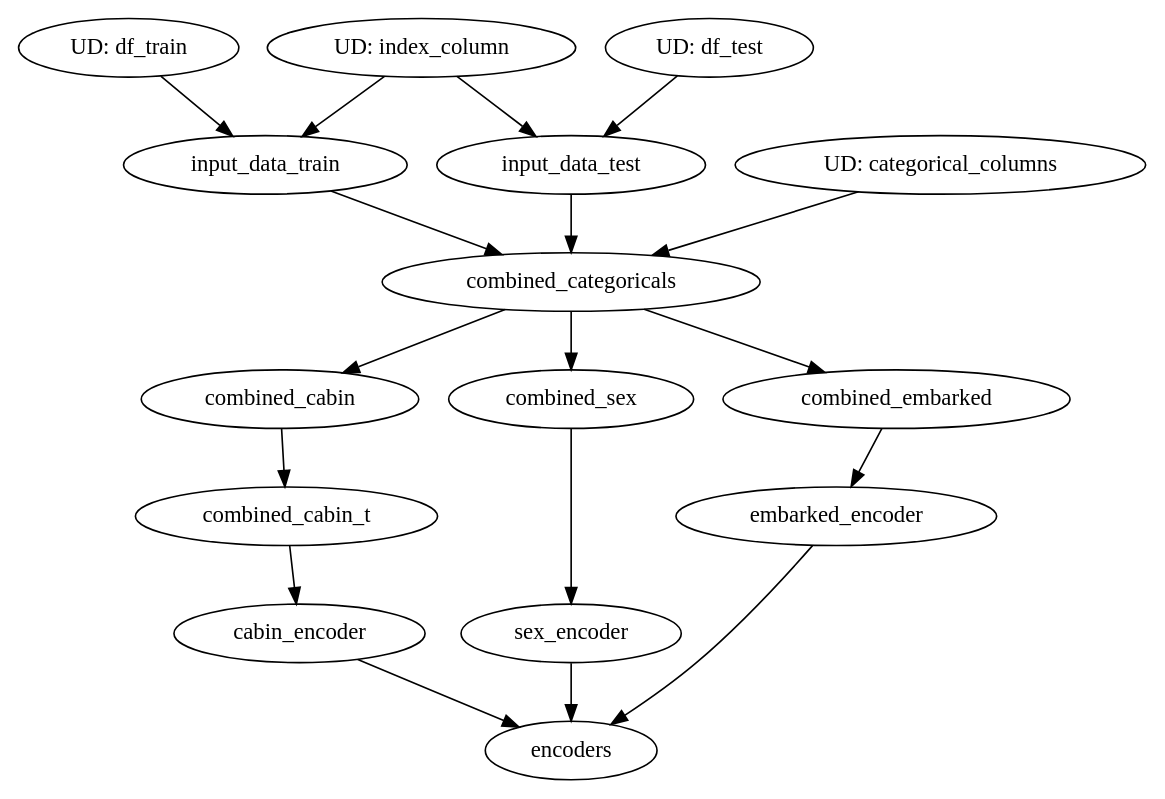
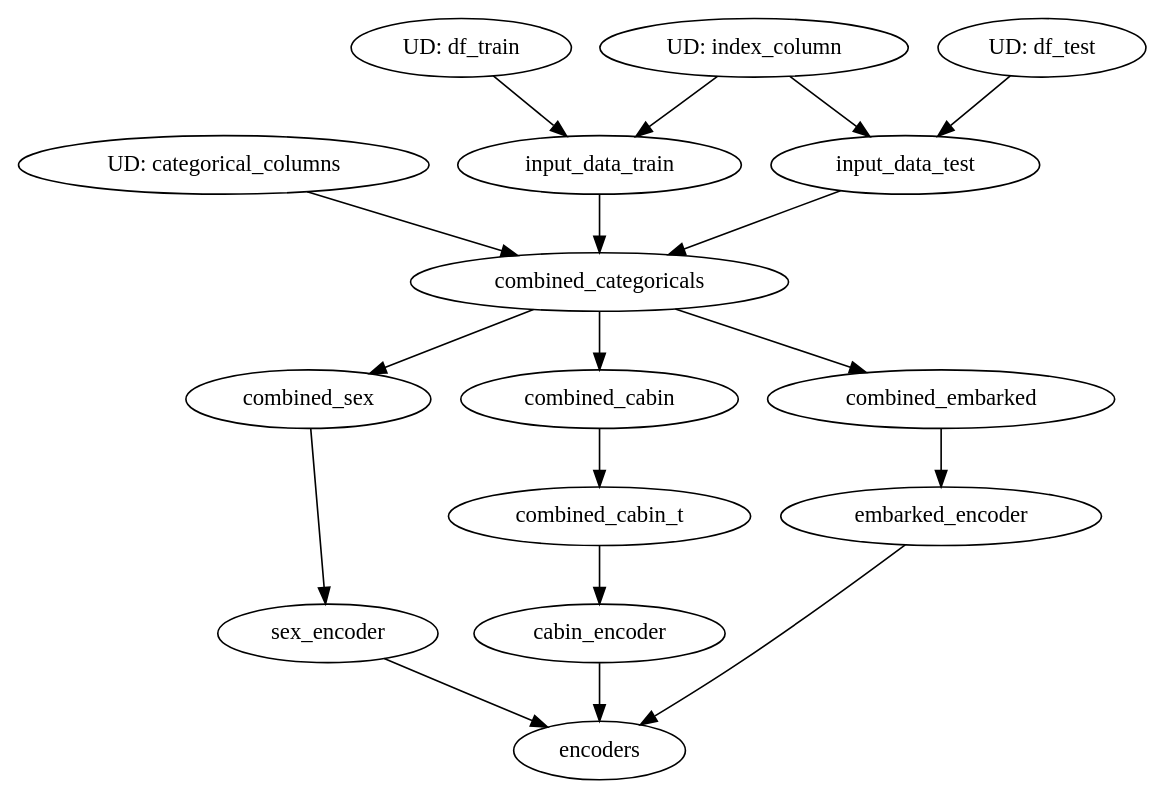
One commit to aamir09/mlops2_with_dagster changed the diagram in artifacts/encoder.dot. Above: the diagram before and after it, drawn with Graphviz. The commit also changed other lines of this file and 50 other files, not shown here.

```diff
--- a/artifacts/encoder.dot
+++ b/artifacts/encoder.dot
@@ -1,39 +1,39 @@
 // Dependency Graph
 digraph {
+	sex_encoder [label=sex_encoder]
+	combined_categoricals [label=combined_categoricals]
+	categorical_columns [label=categorical_columns]
+	combined_sex [label=combined_sex]
+	df_train [label=df_train]
+	df_test [label=df_test]
+	encoders [label=encoders]
 	input_data_train [label=input_data_train]
-	df_train [label=df_train]
+	combined_cabin [label=combined_cabin]
 	input_data_test [label=input_data_test]
-	encoders [label=encoders]
 	index_column [label=index_column]
-	sex_encoder [label=sex_encoder]
-	combined_cabin [label=combined_cabin]
-	combined_sex [label=combined_sex]
-	categorical_columns [label=categorical_columns]
-	combined_categoricals [label=combined_categoricals]
-	df_test [label=df_test]
+	cabin_encoder [label=cabin_encoder]
+	embarked_encoder [label=embarked_encoder]
+	combined_cabin_t [label=combined_cabin_t]
 	combined_embarked [label=combined_embarked]
-	combined_cabin_t [label=combined_cabin_t]
-	embarked_encoder [label=embarked_encoder]
-	cabin_encoder [label=cabin_encoder]
 	df_train [label="UD: df_train"]
+	df_test [label="UD: df_test"]
 	index_column [label="UD: index_column"]
 	categorical_columns [label="UD: categorical_columns"]
-	df_test [label="UD: df_test"]
-	df_train -> input_data_train
-	index_column -> input_data_train
-	df_test -> input_data_test
-	index_column -> input_data_test
+	combined_sex -> sex_encoder
+	input_data_train -> combined_categoricals
+	input_data_test -> combined_categoricals
+	categorical_columns -> combined_categoricals
+	combined_categoricals -> combined_sex
 	cabin_encoder -> encoders
 	sex_encoder -> encoders
 	embarked_encoder -> encoders
-	combined_sex -> sex_encoder
+	df_train -> input_data_train
+	index_column -> input_data_train
 	combined_categoricals -> combined_cabin
-	combined_categoricals -> combined_sex
-	input_data_train -> combined_categoricals
-	input_data_test -> combined_categoricals
-	categorical_columns -> combined_categoricals
+	df_test -> input_data_test
+	index_column -> input_data_test
+	combined_cabin_t -> cabin_encoder
+	combined_embarked -> embarked_encoder
+	combined_cabin -> combined_cabin_t
 	combined_categoricals -> combined_embarked
-	combined_cabin -> combined_cabin_t
-	combined_embarked -> embarked_encoder
-	combined_cabin_t -> cabin_encoder
 }
```
